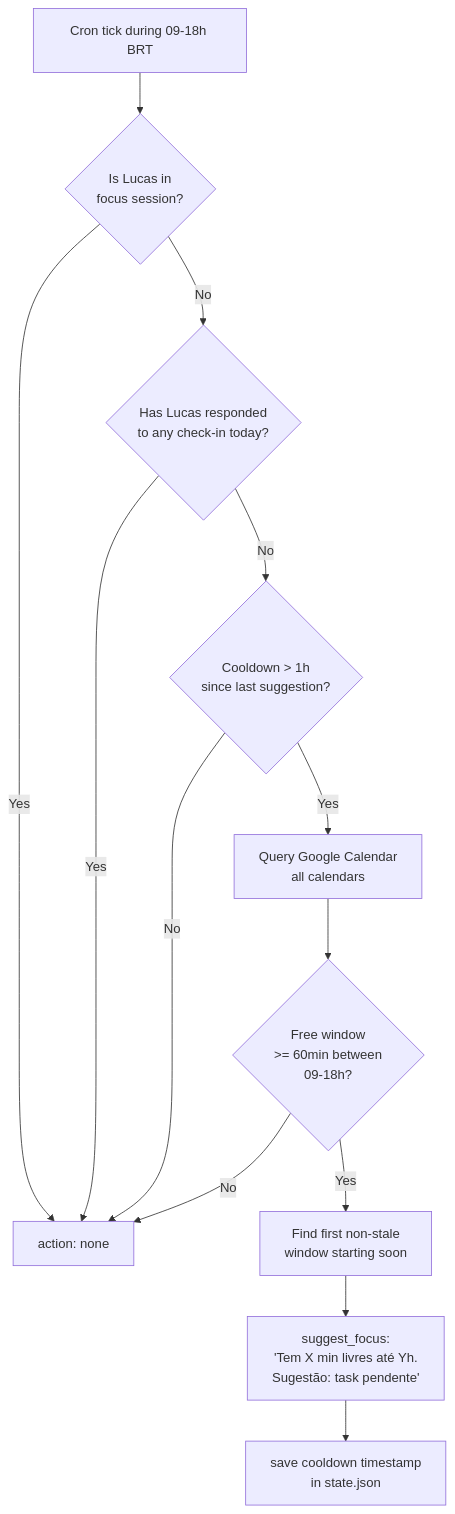
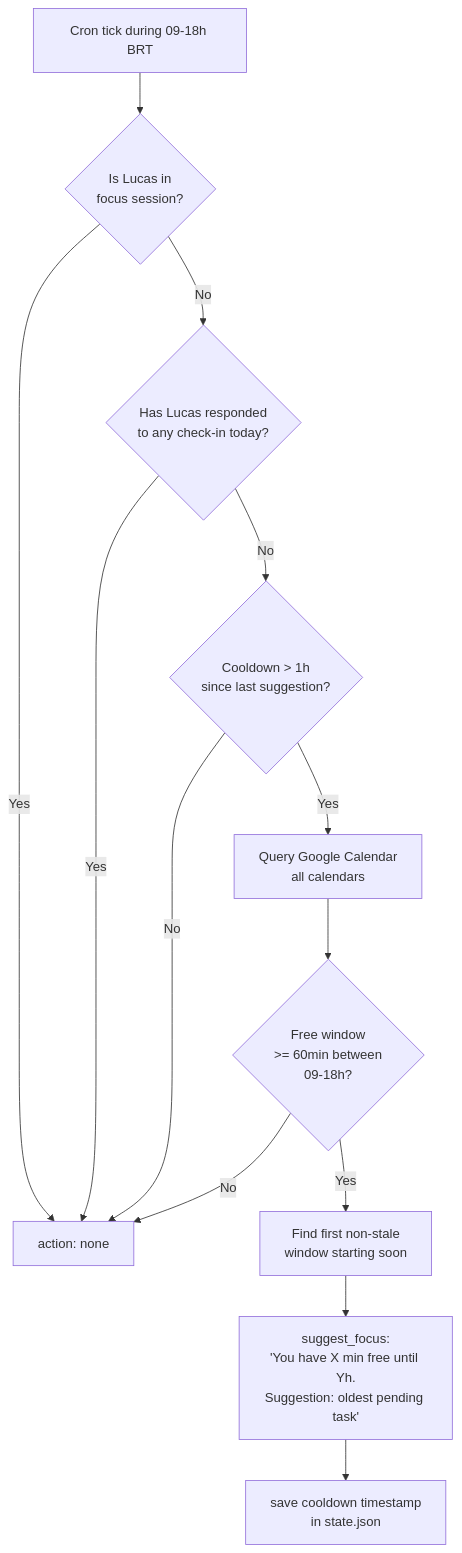
One commit to augustoolucas/hermes-config changed the seventh of 11 diagrams in hermes-data/docs/ACCOUNTABILITY-FLOW.md. Above: the diagram before and after it, drawn with Mermaid. The commit also changed other lines of this file, not shown here.

First line of the commit message:
docs: ACCOUNTABILITY-FLOW.md — complete architecture doc (EN)

````diff
--- a/hermes-data/docs/ACCOUNTABILITY-FLOW.md
+++ b/hermes-data/docs/ACCOUNTABILITY-FLOW.md
@@ -270,15 +374,15 @@
 ```mermaid
 flowchart TD
     A[Cron tick during 09-18h BRT] --> B{Is Lucas in<br/>focus session?}
     B -->|Yes| Z[action: none]
     B -->|No| C{Has Lucas responded<br/>to any check-in today?}
     C -->|Yes| Z
     C -->|No| D{Cooldown > 1h<br/>since last suggestion?}
     D -->|No| Z
     D -->|Yes| E[Query Google Calendar<br/>all calendars]
     E --> F{Free window<br/>>= 60min between<br/>09-18h?}
     F -->|No| Z
     F -->|Yes| G[Find first non-stale<br/>window starting soon]
-    G --> H[suggest_focus:<br/>'Tem X min livres até Yh.<br/>Sugestão: task pendente']
+    G --> H[suggest_focus:<br/>'You have X min free until Yh.<br/>Suggestion: oldest pending task']
     H --> I[save cooldown timestamp<br/>in state.json]
 ```
````
